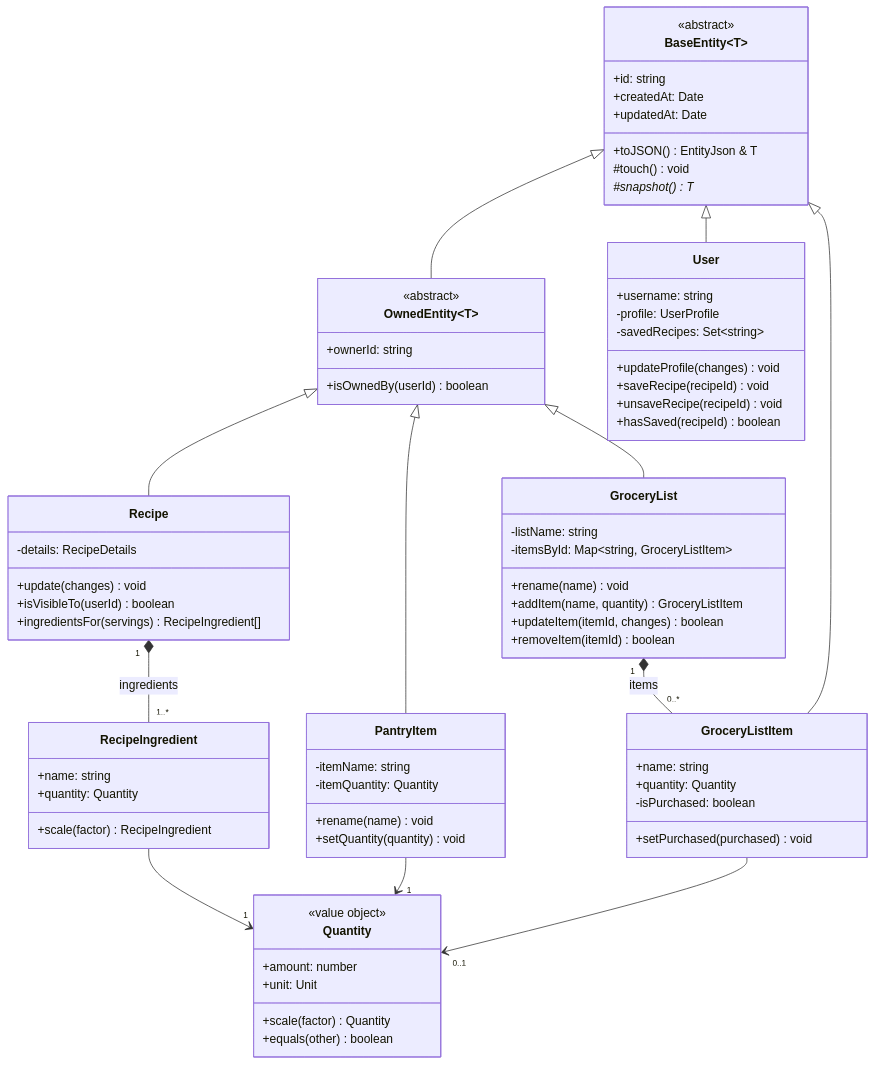
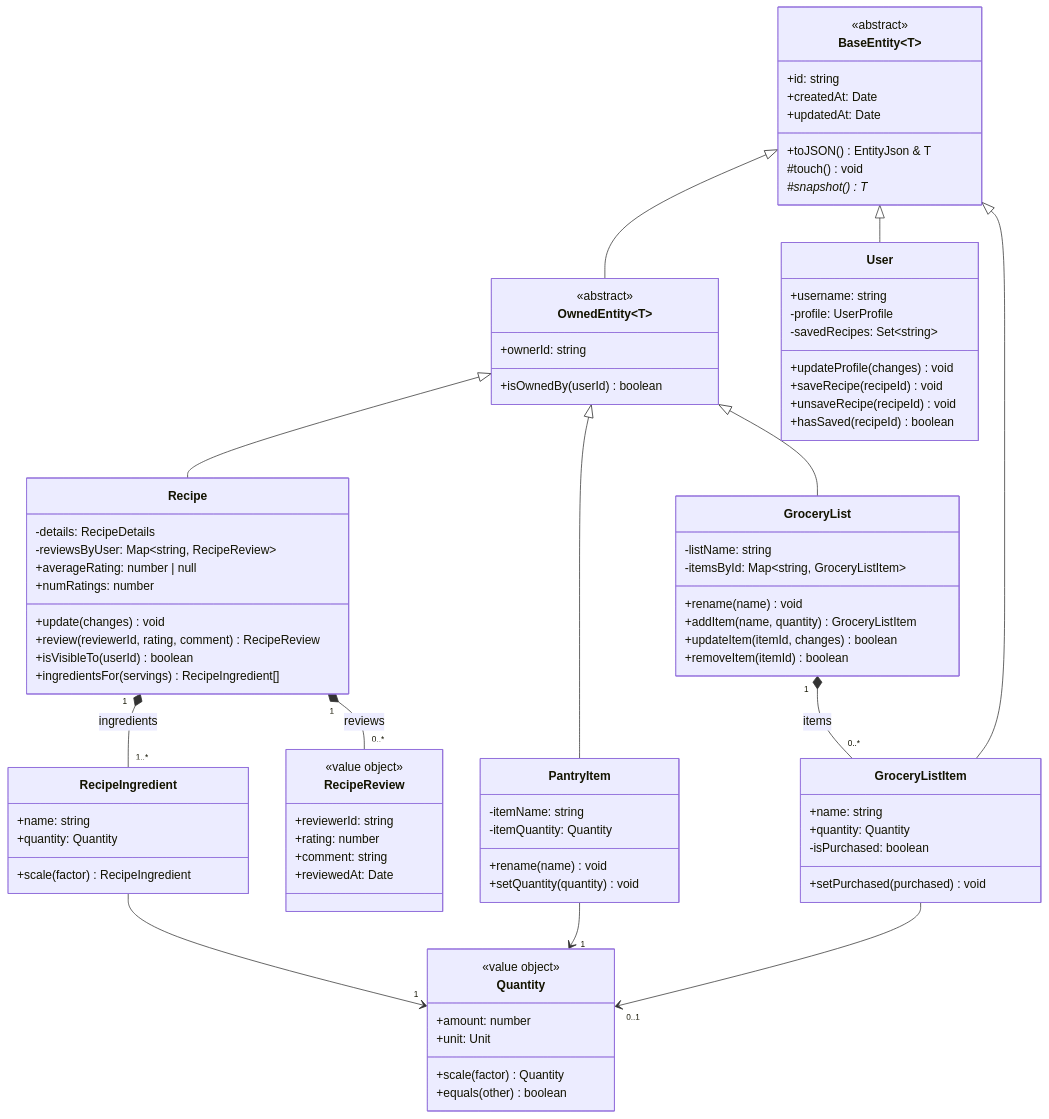
One commit to max1dyer/PlateUp changed the second of 2 diagrams in docs/DESIGN.md. Above: the diagram before and after it, drawn with Mermaid. The commit also changed other lines of this file and 1 other file, not shown here.

Commit message:
docs: add RecipeReview and seed module to design doc and readme

```diff
--- a/docs/DESIGN.md
+++ b/docs/DESIGN.md
@@ -124,7 +125,11 @@
   }
   class Recipe {
     -details: RecipeDetails
+    -reviewsByUser: Map~string, RecipeReview~
+    +averageRating: number | null
+    +numRatings: number
     +update(changes) void
+    +review(reviewerId, rating, comment) RecipeReview
     +isVisibleTo(userId) boolean
     +ingredientsFor(servings) RecipeIngredient[]
   }
@@ -132,6 +137,13 @@
     +name: string
     +quantity: Quantity
     +scale(factor) RecipeIngredient
+  }
+  class RecipeReview {
+    <<value object>>
+    +reviewerId: string
+    +rating: number
+    +comment: string
+    +reviewedAt: Date
   }
   class PantryItem {
     -itemName: string
@@ -168,6 +180,7 @@
   OwnedEntity <|-- PantryItem
   OwnedEntity <|-- GroceryList
   Recipe "1" *-- "1..*" RecipeIngredient : ingredients
+  Recipe "1" *-- "0..*" RecipeReview : reviews
   GroceryList "1" *-- "0..*" GroceryListItem : items
   RecipeIngredient --> "1" Quantity
   PantryItem --> "1" Quantity
```
